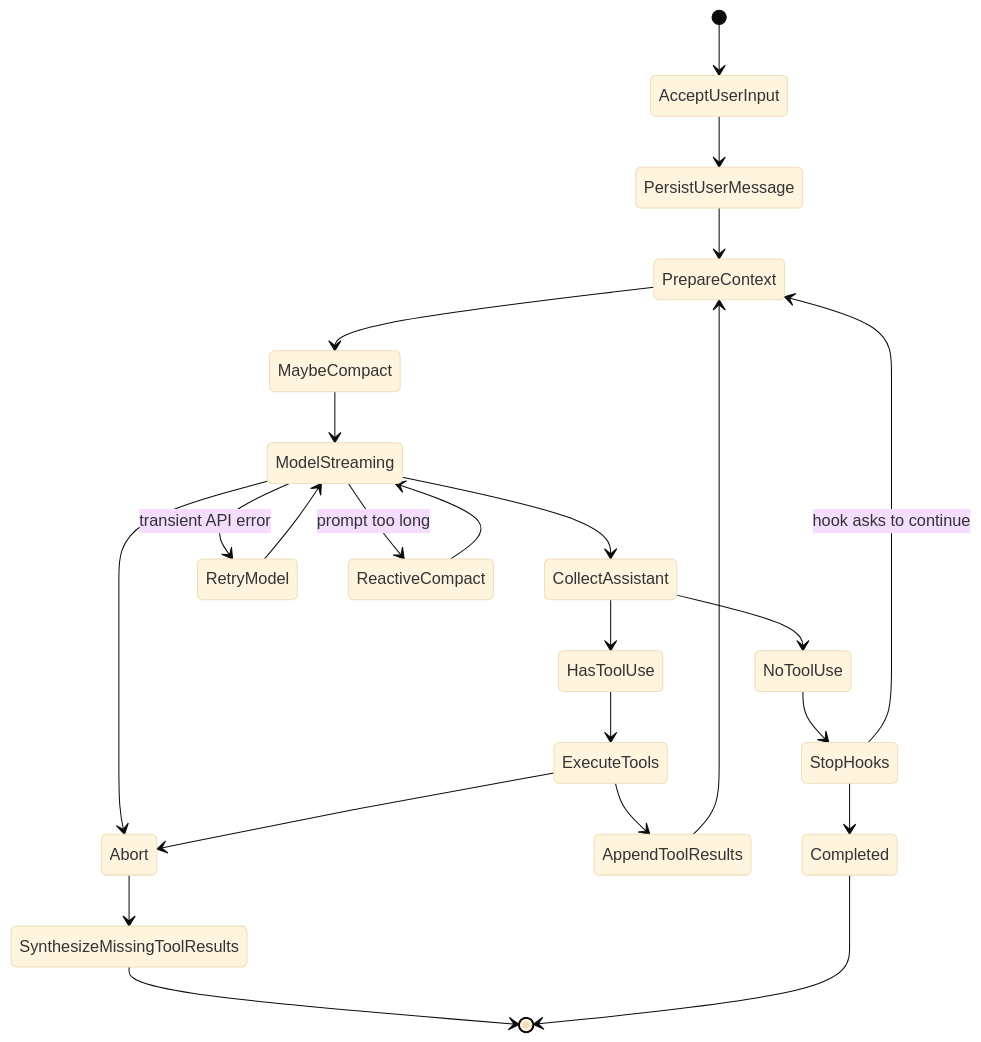
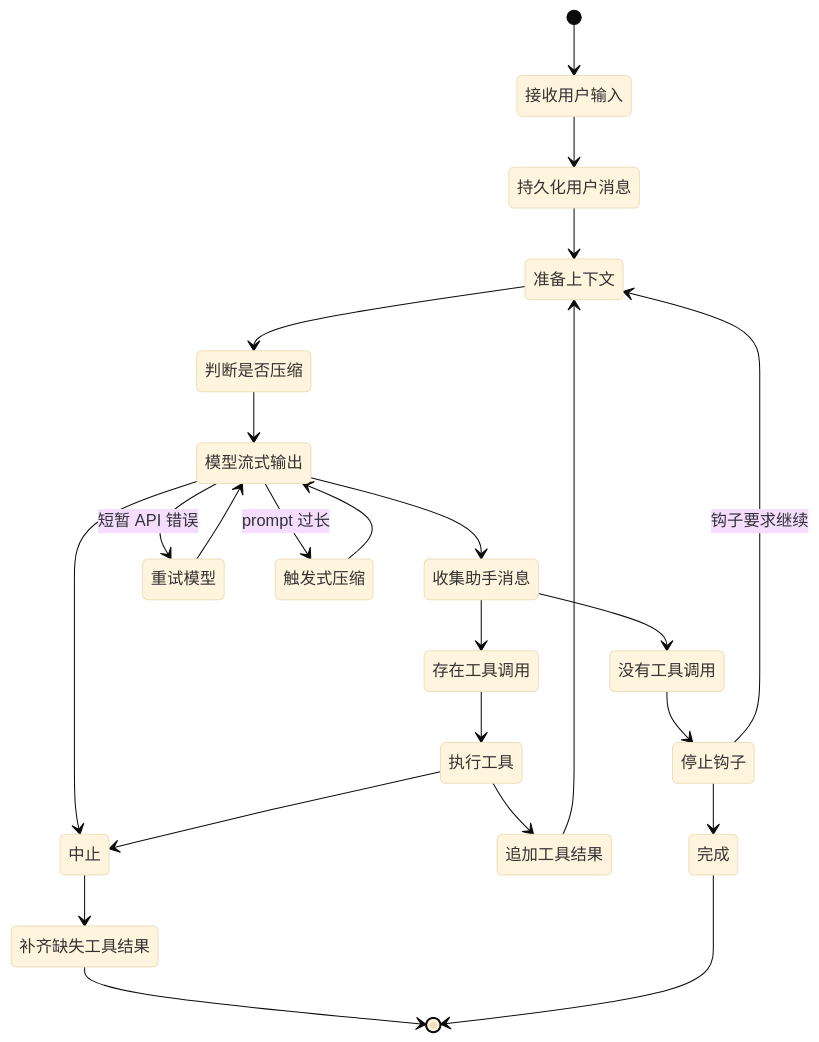
The diagram in docs/02-core-runtime-model.md (520skyincloud/agent-framework), drawn with Mermaid (base theme) before and after one commit. The commit also changed other lines of this file and 51 other files, not shown here.

````diff
--- a/docs/02-core-runtime-model.md
+++ b/docs/02-core-runtime-model.md
@@ -218,26 +147,43 @@
 ```mermaid
 stateDiagram-v2
+  state "接收用户输入" as AcceptUserInput
+  state "持久化用户消息" as PersistUserMessage
+  state "准备上下文" as PrepareContext
+  state "判断是否压缩" as MaybeCompact
+  state "模型流式输出" as ModelStreaming
+  state "收集助手消息" as CollectAssistant
+  state "没有工具调用" as NoToolUse
+  state "存在工具调用" as HasToolUse
+  state "停止钩子" as StopHooks
+  state "完成" as Completed
+  state "执行工具" as ExecuteTools
+  state "追加工具结果" as AppendToolResults
+  state "重试模型" as RetryModel
+  state "触发式压缩" as ReactiveCompact
+  state "中止" as Abort
+  state "补齐缺失工具结果" as SynthesizeMissingToolResults
+
   [*] --> AcceptUserInput
   AcceptUserInput --> PersistUserMessage
   PersistUserMessage --> PrepareContext
   PrepareContext --> MaybeCompact
   MaybeCompact --> ModelStreaming
   ModelStreaming --> CollectAssistant
   CollectAssistant --> NoToolUse
   CollectAssistant --> HasToolUse
   NoToolUse --> StopHooks
   StopHooks --> Completed
-  StopHooks --> PrepareContext: hook asks to continue
+  StopHooks --> PrepareContext: 钩子要求继续
   HasToolUse --> ExecuteTools
   ExecuteTools --> AppendToolResults
   AppendToolResults --> PrepareContext
-  ModelStreaming --> RetryModel: transient API error
+  ModelStreaming --> RetryModel: 短暂 API 错误
   RetryModel --> ModelStreaming
-  ModelStreaming --> ReactiveCompact: prompt too long
+  ModelStreaming --> ReactiveCompact: prompt 过长
   ReactiveCompact --> ModelStreaming
   ModelStreaming --> Abort
   ExecuteTools --> Abort
   Abort --> SynthesizeMissingToolResults
   SynthesizeMissingToolResults --> [*]
   Completed --> [*]
 ```
````
